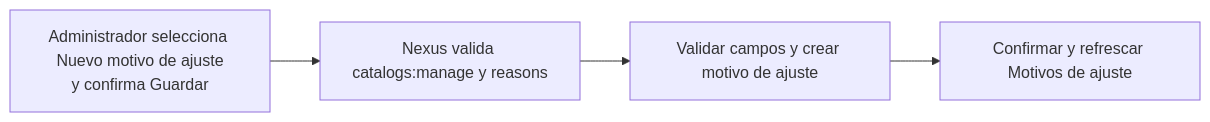
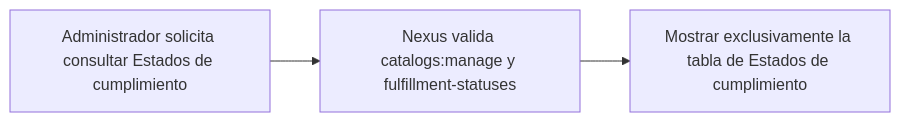
The diagram in docs/requirements/diagrams/catalogs/cu-cat-40.md (gpgsistemas01/nexus), drawn with Mermaid before and after one commit. The commit also changed other lines of this file and 207 other files, not shown here.

````diff
--- a/docs/requirements/diagrams/catalogs/cu-cat-40.md
+++ b/docs/requirements/diagrams/catalogs/cu-cat-40.md
@@ -3,6 +3,5 @@
 ```mermaid
 flowchart LR
-    request["Administrador selecciona Nuevo motivo de ajuste<br/>y confirma Guardar"] --> authorize["Nexus valida catalogs:manage y reasons"]
-    authorize --> persist["Validar campos y crear motivo de ajuste"]
-    persist --> result["Confirmar y refrescar Motivos de ajuste"]
+    request["Administrador solicita consultar Estados de cumplimiento"] --> authorize["Nexus valida catalogs:manage y fulfillment-statuses"]
+    authorize --> result["Mostrar exclusivamente la tabla de Estados de cumplimiento"]
 ```
````
